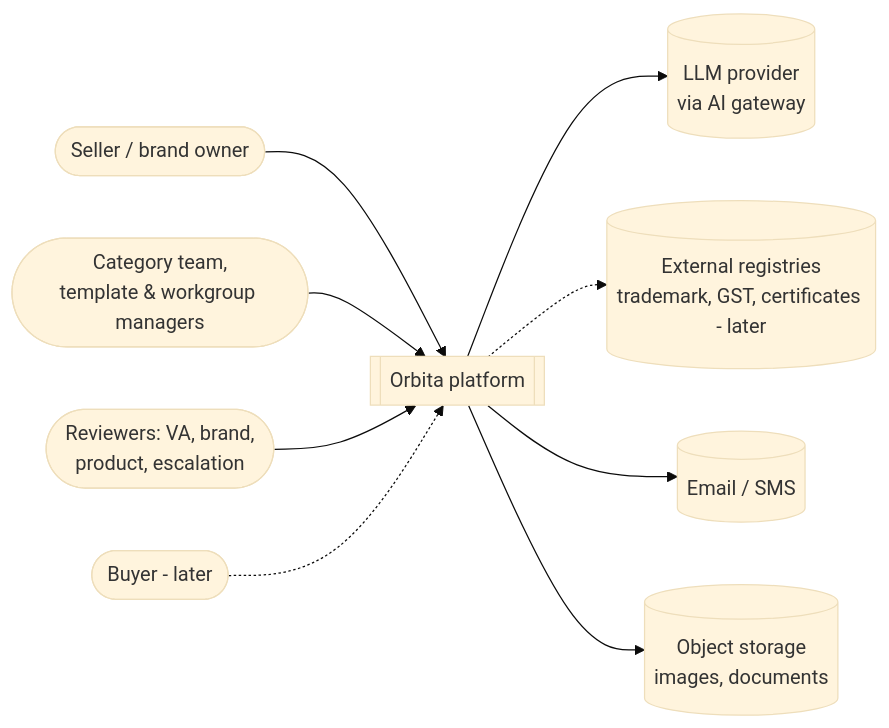
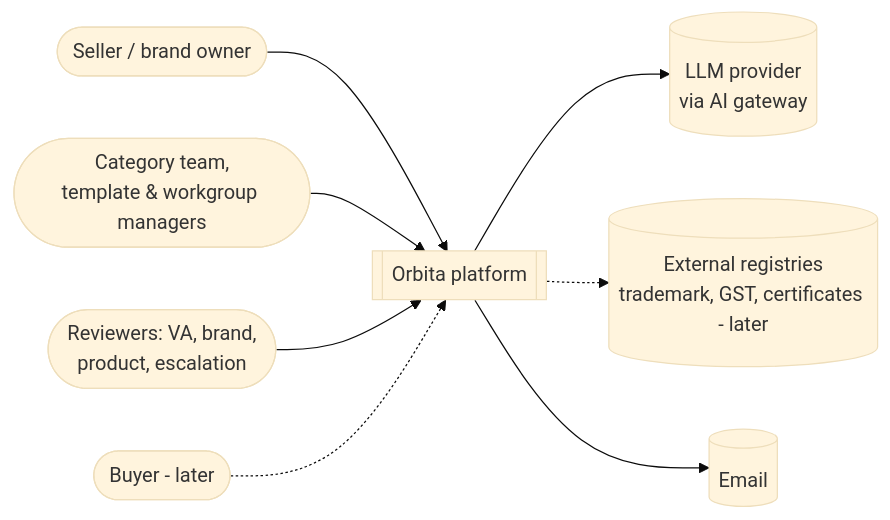
One commit to anuragsinghv25-lab/my-own-marketplace changed the first of 4 diagrams in docs/architecture/04-system-architecture.md. Above: the diagram before and after it, drawn with Mermaid (base theme). The commit also changed other lines of this file and 26 other files, not shown here.

First line of the commit message:
Add release plan (R0-R9) and Vercel + Supabase deployment architecture

````diff
--- a/docs/architecture/04-system-architecture.md
+++ b/docs/architecture/04-system-architecture.md
@@ -5,20 +7,18 @@
 ```mermaid
 flowchart LR
   seller([Seller / brand owner])
   admin([Category team,<br/>template & workgroup managers])
   reviewer([Reviewers: VA, brand,<br/>product, escalation])
   buyer([Buyer - later])
   O[[Orbita platform]]
   LLM[(LLM provider<br/>via AI gateway)]
   REG[(External registries<br/>trademark, GST, certificates - later)]
-  MAIL[(Email / SMS)]
-  OBJ[(Object storage<br/>images, documents)]
+  MAIL[(Email)]
   seller --> O
   admin --> O
   reviewer --> O
   buyer -.-> O
   O --> LLM
   O -.-> REG
   O --> MAIL
-  O --> OBJ
 ```
````
